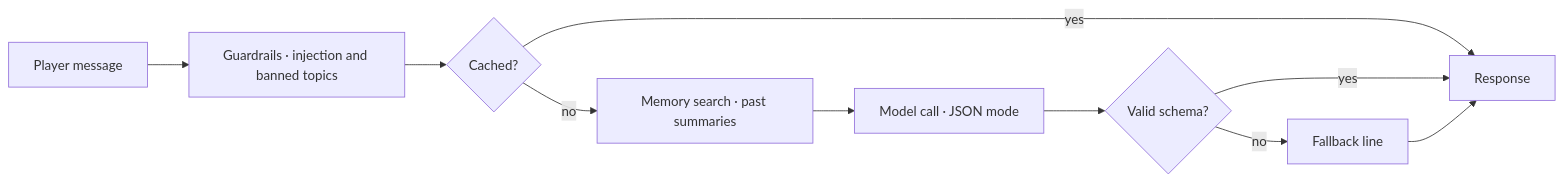
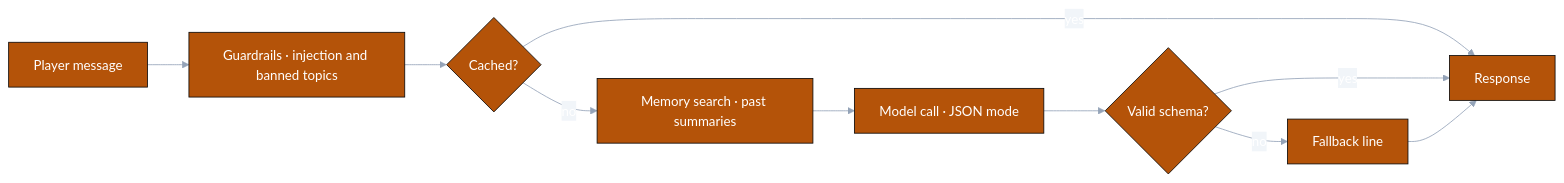
One commit to devjwk/ai-npc-detective-game changed the second of 2 diagrams in README.md. Above: the diagram before and after it, drawn with Mermaid. The commit also changed other lines of this file and 1 other file, not shown here.

Commit message:
Add concept banner and color theme to README

````diff
--- a/README.md
+++ b/README.md
@@ -64,12 +61,13 @@
 ```mermaid
+%%{init: {"theme": "base", "themeVariables": {"primaryColor": "#B45309", "primaryTextColor": "#ffffff", "primaryBorderColor": "#0C0A09", "lineColor": "#94A3B8", "secondaryColor": "#292524", "tertiaryColor": "#0C0A09", "clusterBkg": "#F8FAFC", "clusterBorder": "#94A3B8", "edgeLabelBackground": "#F1F5F9", "fontFamily": "ui-sans-serif, system-ui, sans-serif"}}}%%
 flowchart LR
     Q["Player message"] --> G["Guardrails · injection and banned topics"]
     G --> C{"Cached?"}
     C -->|yes| R["Response"]
     C -->|no| M["Memory search · past summaries"]
     M --> L["Model call · JSON mode"]
     L --> V{"Valid schema?"}
     V -->|yes| R
     V -->|no| F["Fallback line"]
     F --> R
 ```
````
